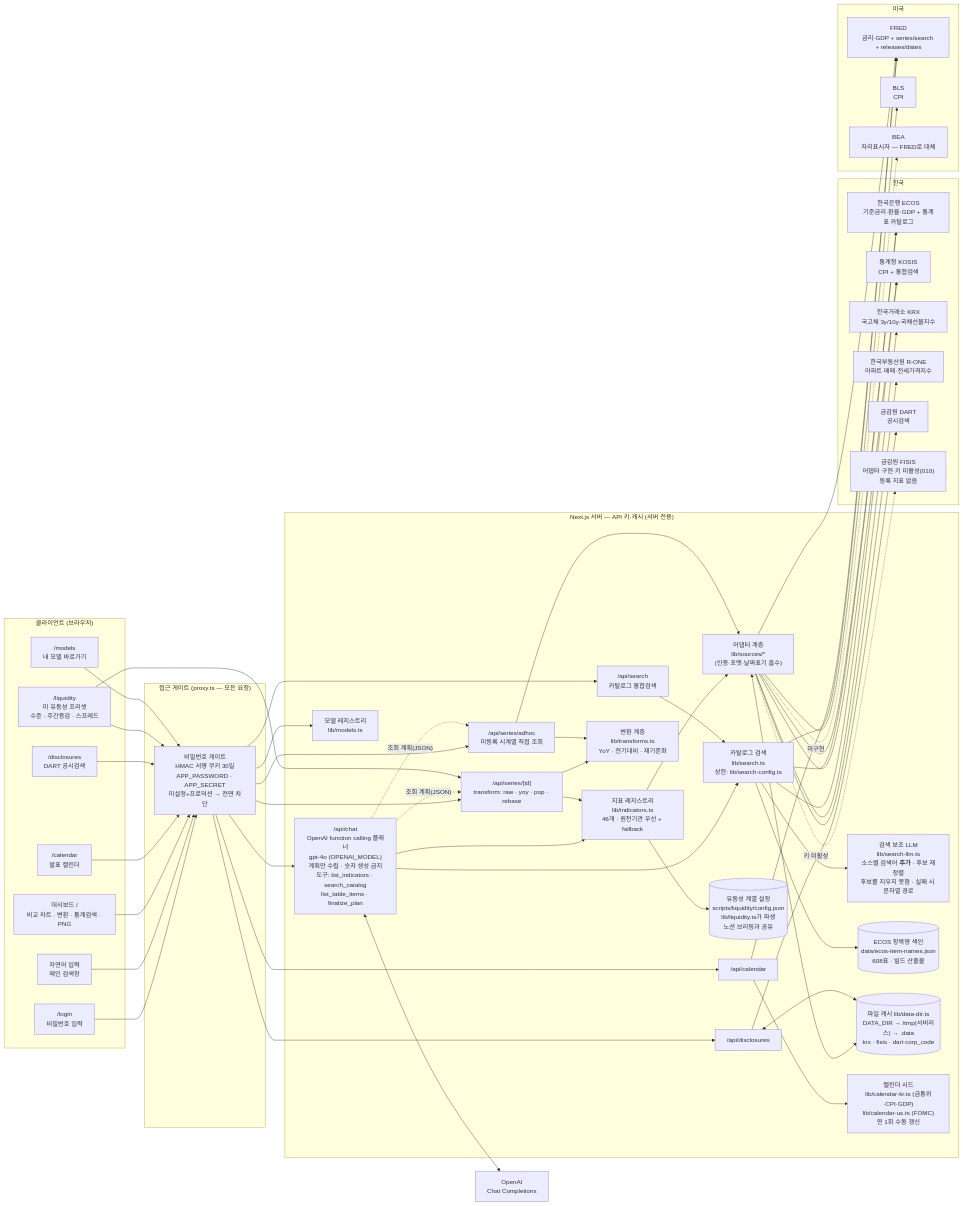
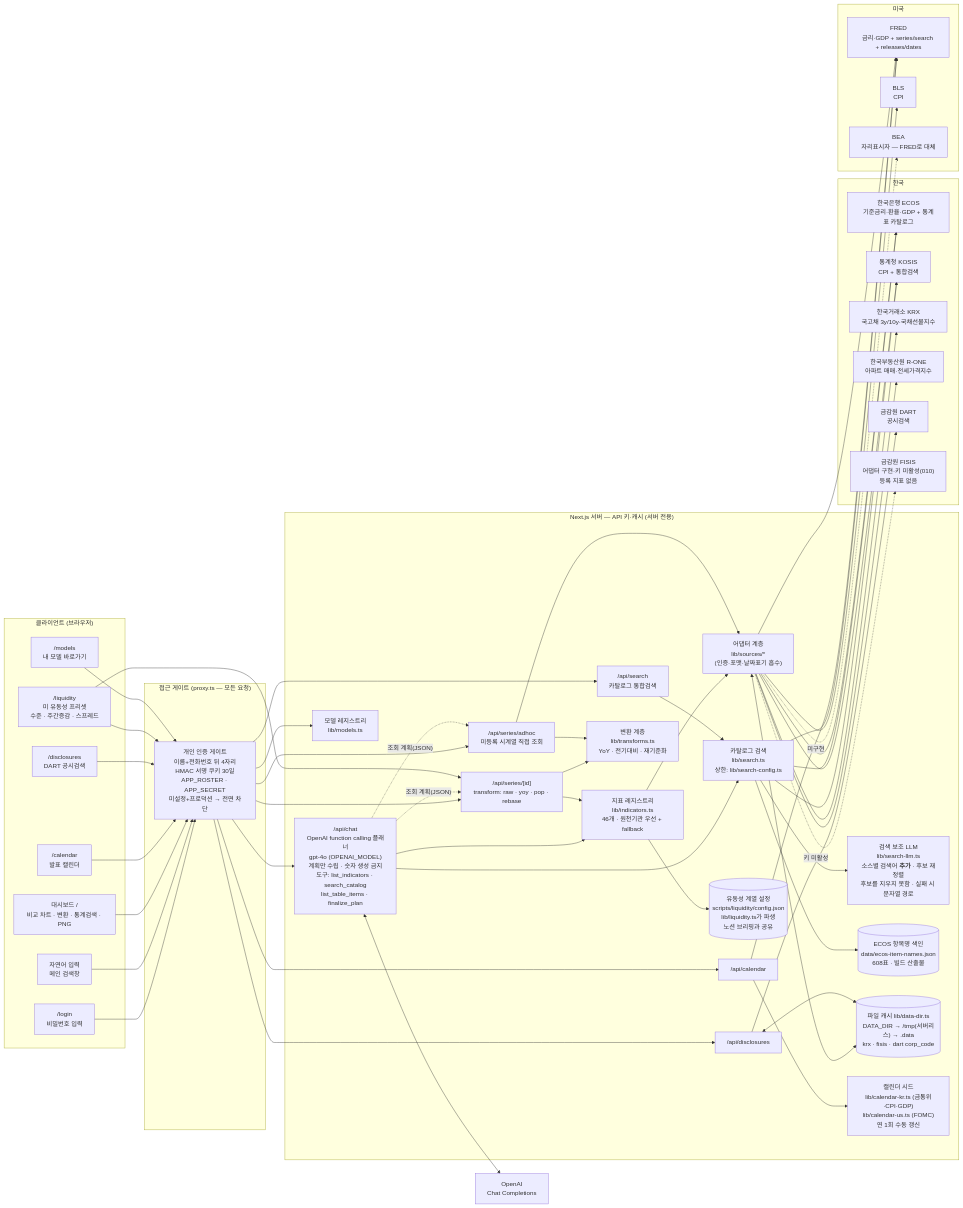
Before and after one commit to zzeonso1-ssonim/report-studio: the diagram in docs/ARCHITECTURE.md, drawn with Mermaid. The commit also changed 13 other files, not shown here.

First line of the commit message:
feat: 공용 비밀번호 게이트를 개인 인증(이름+전화번호 뒤 4자리)으로 교체

```diff
--- a/docs/ARCHITECTURE.md
+++ b/docs/ARCHITECTURE.md
@@ -15,7 +15,7 @@
   end
 
   subgraph GATE["접근 게이트 (proxy.ts — 모든 요청)"]
-    PX["비밀번호 게이트<br/>HMAC 서명 쿠키 30일<br/>APP_PASSWORD · APP_SECRET<br/>미설정+프로덕션 → 전면 차단"]
+    PX["개인 인증 게이트<br/>이름+전화번호 뒤 4자리<br/>HMAC 서명 쿠키 30일<br/>APP_ROSTER · APP_SECRET<br/>미설정+프로덕션 → 전면 차단"]
   end
 
   subgraph SERVER["Next.js 서버 — API 키·캐시 (서버 전용)"]
```
